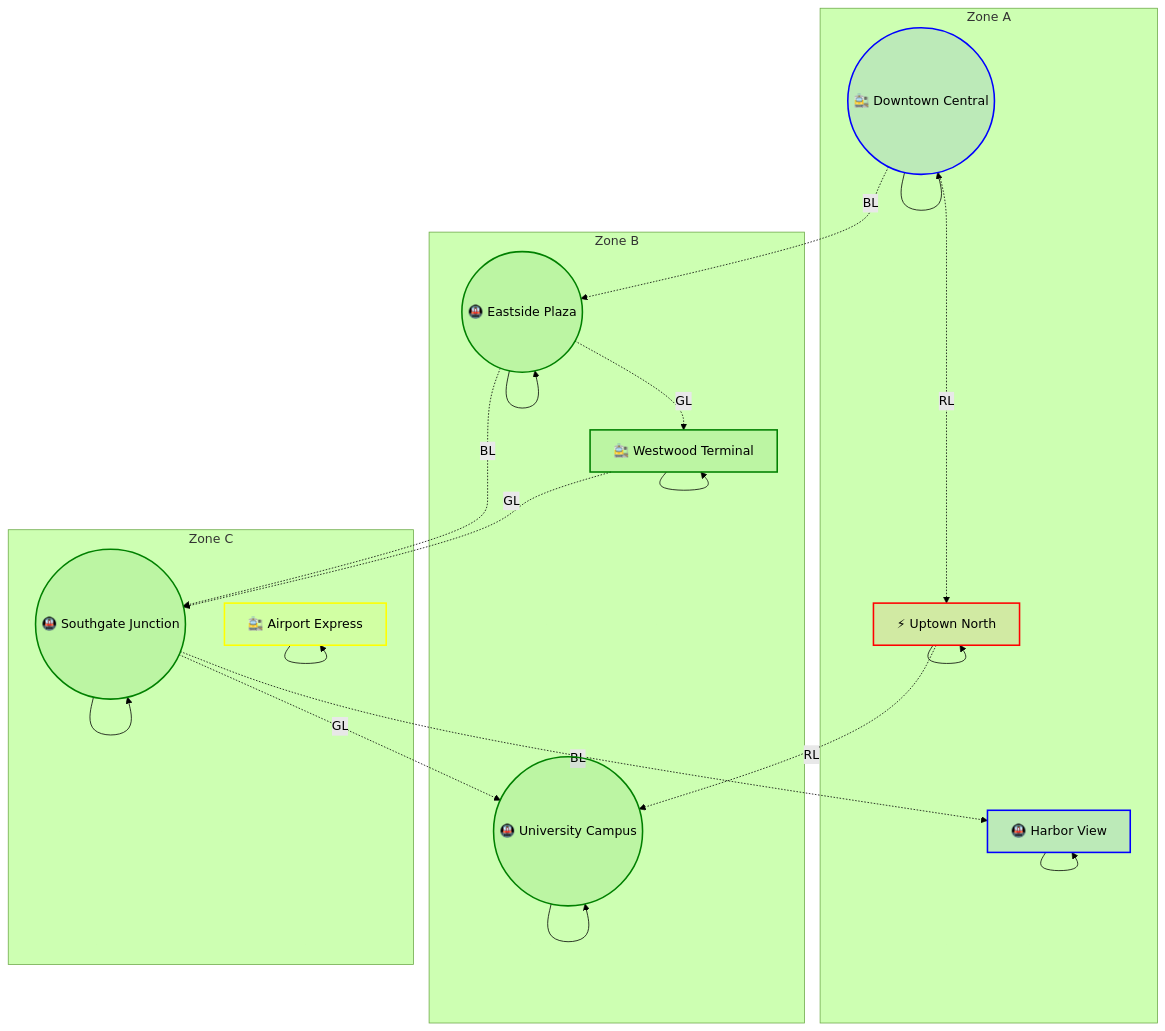
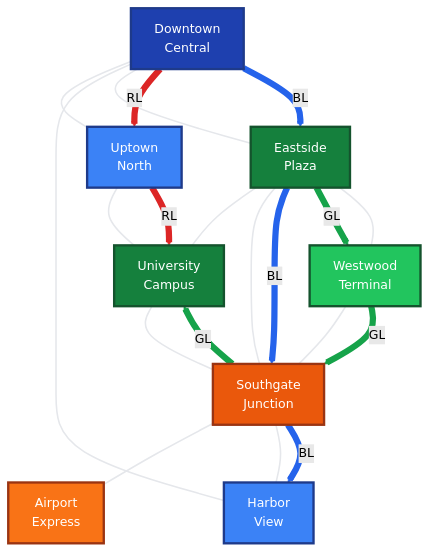
One commit to todicn/FareCalculator changed the diagram in docs/metro-system-map.md. Above: the diagram before and after it, drawn with Mermaid (forest theme). The commit also changed 13 other files, not shown here.

````diff
--- a/docs/metro-system-map.md
+++ b/docs/metro-system-map.md
@@ -1,65 +1,71 @@
 ```mermaid
-graph TB
-    %% Metro System Map
+flowchart TD
+    %% Metro System Map - Concentric Zone Layout
 
-    %% Stations by Zone
-    subgraph ZoneA["Zone A"]
-        S1(("🚉 Downtown Central"))
-        S2["⚡ Uptown North"]
-        S8["🚇 Harbor View"]
-    end
+    %% Station Definitions - Uniform Style
+    S1["Downtown<br/>Central"]
+    S2["Uptown<br/>North"]
+    S3["Eastside<br/>Plaza"]
+    S4["Westwood<br/>Terminal"]
+    S5["Southgate<br/>Junction"]
+    S6["Airport<br/>Express"]
+    S7["University<br/>Campus"]
+    S8["Harbor<br/>View"]
 
-    subgraph ZoneB["Zone B"]
-        S3(("🚇 Eastside Plaza"))
-        S4["🚉 Westwood Terminal"]
-        S7(("🚇 University Campus"))
-    end
+    %% Geographic Layout - Concentric Zones (Light positioning lines)
+    S1 --- S2
+    S1 --- S8
+    S3 --- S7
+    S4 --- S3
+    S5 --- S6
+    S1 --- S3
+    S3 --- S5
+    S2 --- S7
+    S7 --- S5
+    S4 --- S5
+    S5 --- S8
 
-    subgraph ZoneC["Zone C"]
-        S5(("🚇 Southgate Junction"))
-        S6["🚉 Airport Express"]
-    end
+    %% Metro Line Routes - Colored Lines
+    %% Red Line - Express Service
+    S1 ==>|RL| S2
+    S2 ==>|RL| S7
+    %% Blue Line - Local Service
+    S1 ==>|BL| S3
+    S3 ==>|BL| S5
+    S5 ==>|BL| S8
+    %% Green Line - Local Service
+    S3 ==>|GL| S4
+    S4 ==>|GL| S5
+    S5 ==>|GL| S7
 
-    %% Metro Line Connections
-    %% Red Line (RL)
-    S1 -.->|RL| S2
-    S2 -.->|RL| S7
+    %% Zone-based Station Styling
+    style S1 fill:#1e40af,stroke:#1e3a8a,stroke-width:3px,color:#ffffff
+    style S2 fill:#3b82f6,stroke:#1e3a8a,stroke-width:3px,color:#ffffff
+    style S8 fill:#3b82f6,stroke:#1e3a8a,stroke-width:3px,color:#ffffff
+    style S3 fill:#15803d,stroke:#14532d,stroke-width:3px,color:#ffffff
+    style S4 fill:#22c55e,stroke:#14532d,stroke-width:3px,color:#ffffff
+    style S7 fill:#15803d,stroke:#14532d,stroke-width:3px,color:#ffffff
+    style S5 fill:#ea580c,stroke:#9a3412,stroke-width:3px,color:#ffffff
+    style S6 fill:#f97316,stroke:#9a3412,stroke-width:3px,color:#ffffff
 
-    %% Blue Line (BL)
-    S1 -.->|BL| S3
-    S3 -.->|BL| S5
-    S5 -.->|BL| S8
-
-    %% Green Line (GL)
-    S3 -.->|GL| S4
-    S4 -.->|GL| S5
-    S5 -.->|GL| S7
-
-    %% Yellow Line (YL)
-
-    %% Styling
-    S1 --> S1
-    style S1 fill:#FF000015,stroke:#FF0000,stroke-width:2px
-    S2 --> S2
-    style S2 fill:#FF000015,stroke:#FF0000,stroke-width:2px
-    S7 --> S7
-    style S7 fill:#FF000015,stroke:#FF0000,stroke-width:2px
-    S1 --> S1
-    style S1 fill:#0000FF15,stroke:#0000FF,stroke-width:2px
-    S3 --> S3
-    style S3 fill:#0000FF15,stroke:#0000FF,stroke-width:2px
-    S5 --> S5
-    style S5 fill:#0000FF15,stroke:#0000FF,stroke-width:2px
-    S8 --> S8
-    style S8 fill:#0000FF15,stroke:#0000FF,stroke-width:2px
-    S3 --> S3
-    style S3 fill:#00800015,stroke:#008000,stroke-width:2px
-    S4 --> S4
-    style S4 fill:#00800015,stroke:#008000,stroke-width:2px
-    S5 --> S5
-    style S5 fill:#00800015,stroke:#008000,stroke-width:2px
-    S7 --> S7
-    style S7 fill:#00800015,stroke:#008000,stroke-width:2px
-    S6 --> S6
-    style S6 fill:#FFFF0015,stroke:#FFFF00,stroke-width:2px
+    %% Link Colors
+    linkStyle 0 stroke:#e5e7eb,stroke-width:2px
+    linkStyle 1 stroke:#e5e7eb,stroke-width:2px
+    linkStyle 2 stroke:#e5e7eb,stroke-width:2px
+    linkStyle 3 stroke:#e5e7eb,stroke-width:2px
+    linkStyle 4 stroke:#e5e7eb,stroke-width:2px
+    linkStyle 5 stroke:#e5e7eb,stroke-width:2px
+    linkStyle 6 stroke:#e5e7eb,stroke-width:2px
+    linkStyle 7 stroke:#e5e7eb,stroke-width:2px
+    linkStyle 8 stroke:#e5e7eb,stroke-width:2px
+    linkStyle 9 stroke:#e5e7eb,stroke-width:2px
+    linkStyle 10 stroke:#e5e7eb,stroke-width:2px
+    linkStyle 11 stroke:#dc2626,stroke-width:8px
+    linkStyle 12 stroke:#dc2626,stroke-width:8px
+    linkStyle 13 stroke:#2563eb,stroke-width:8px
+    linkStyle 14 stroke:#2563eb,stroke-width:8px
+    linkStyle 15 stroke:#2563eb,stroke-width:8px
+    linkStyle 16 stroke:#16a34a,stroke-width:8px
+    linkStyle 17 stroke:#16a34a,stroke-width:8px
+    linkStyle 18 stroke:#16a34a,stroke-width:8px
 ```
````
